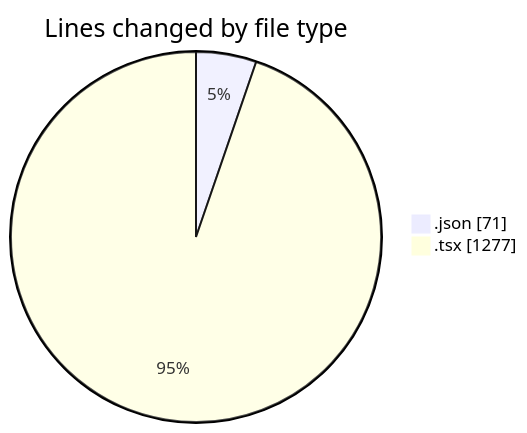
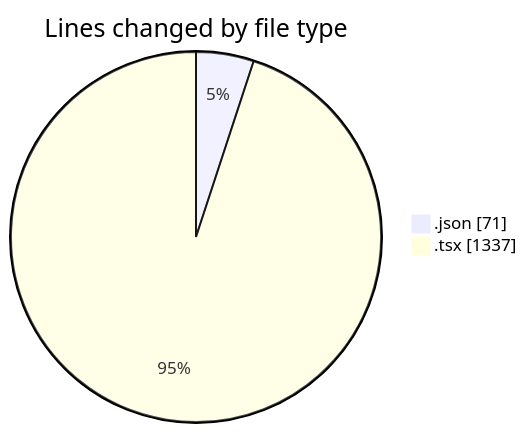
The first of 2 diagrams in 2026-01-29/cda/README.md (momahboobian/code-tracking), drawn with Mermaid before and after one commit. The commit also changed other lines of this file and 1 other file, not shown here.

````diff
--- a/2026-01-29/cda/README.md
+++ b/2026-01-29/cda/README.md
@@ -21,6 +21,6 @@
 ```mermaid
 pie showData
 title Lines changed by file type
 ".json" : 71
-".tsx" : 1277
+".tsx" : 1337
 ```
````
